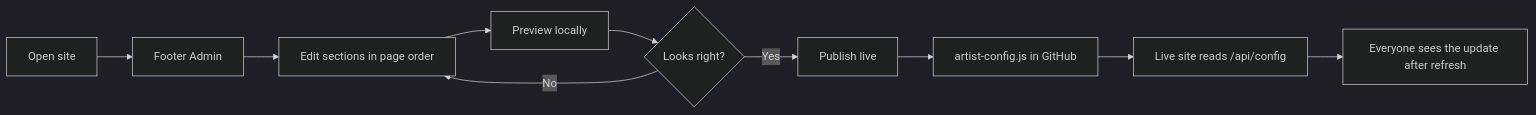
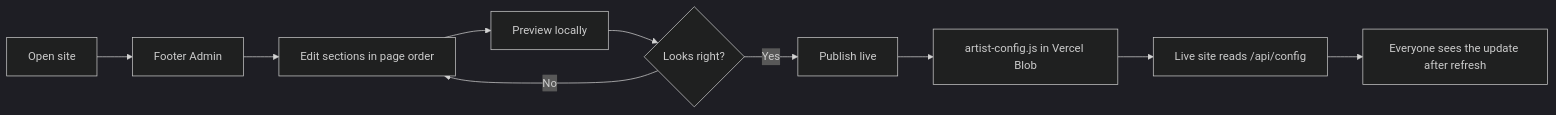
One commit to eyeinthesky6/artistpass changed the diagram in README.md. Above: the diagram before and after it, drawn with Mermaid (dark theme). The commit also changed other lines of this file and 5 other files, not shown here.

Commit message:
Use Vercel Blob for live admin config

````diff
--- a/README.md
+++ b/README.md
@@ -67,12 +69,12 @@
 ```mermaid
 flowchart LR
   A["Open site"] --> B["Footer Admin"]
   B --> C["Edit sections in page order"]
   C --> D["Preview locally"]
   D --> E{"Looks right?"}
   E -- "No" --> C
   E -- "Yes" --> F["Publish live"]
-  F --> G["artist-config.js in GitHub"]
+  F --> G["artist-config.js in Vercel Blob"]
   G --> H["Live site reads /api/config"]
   H --> I["Everyone sees the update after refresh"]
 ```
````
